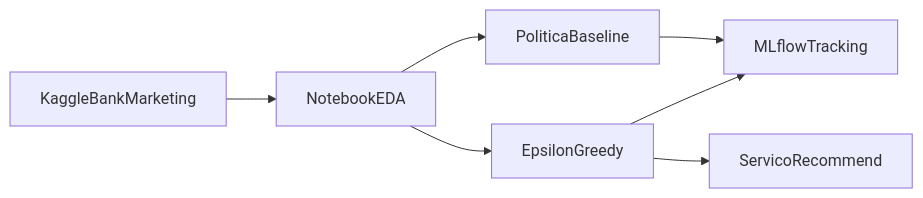
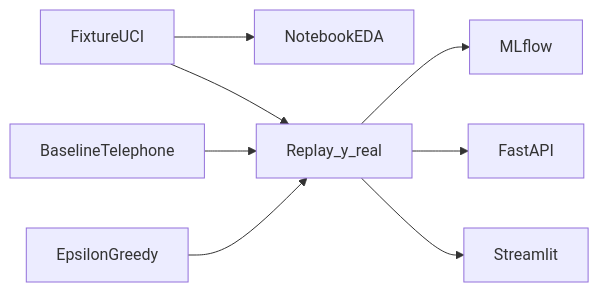
One commit to edu1006/datathon-7mlet changed the seventh of 8 diagrams in README.md. Above: the diagram before and after it, drawn with Mermaid. The commit also changed other lines of this file and 22 other files, not shown here.

First line of the commit message:
Entregar o pipeline do Datathon com replay real, API, testes e demo.

````diff
--- a/README.md
+++ b/README.md
@@ -258,14 +274,18 @@
 ```mermaid
 flowchart LR
-  kaggle[KaggleBankMarketing]
+  csv[FixtureUCI]
   eda[NotebookEDA]
-  baseline[PoliticaBaseline]
+  base[BaselineTelephone]
   eg[EpsilonGreedy]
-  mlflow[MLflowTracking]
-  api[ServicoRecommend]
-  kaggle --> eda --> baseline
-  eda --> eg
-  baseline --> mlflow
-  eg --> mlflow
-  eg --> api
+  replay[Replay_y_real]
+  mlflow[MLflow]
+  api[FastAPI]
+  ui[Streamlit]
+  csv --> eda
+  csv --> replay
+  base --> replay
+  eg --> replay
+  replay --> mlflow
+  replay --> api
+  replay --> ui
 ```
````
